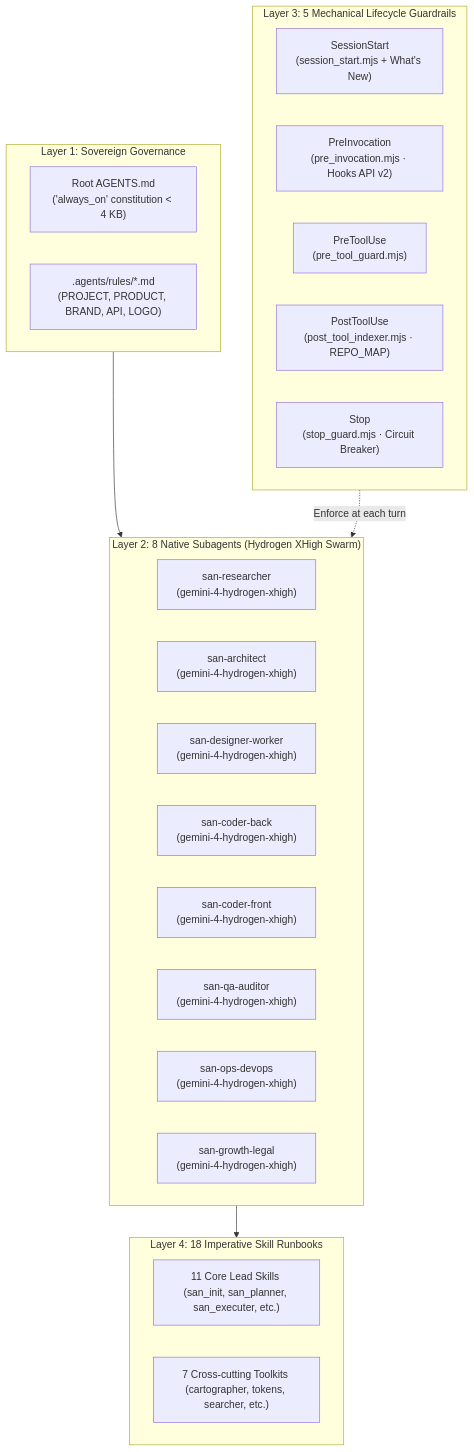
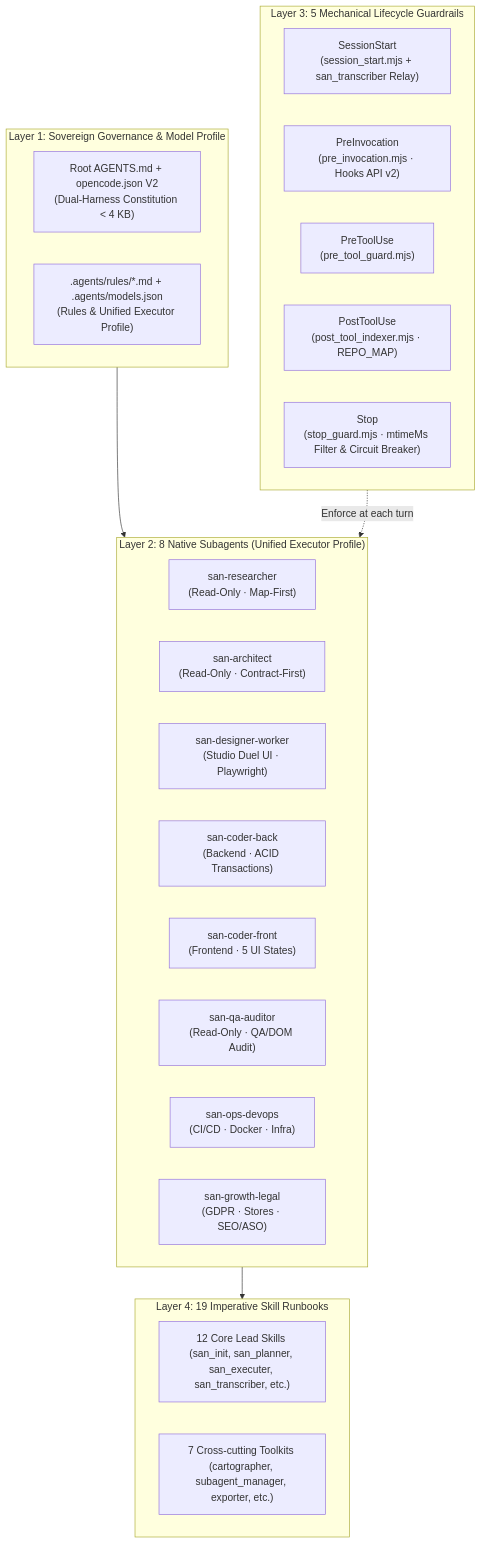
Before and after one commit to alexsan-dev/san_agy_framework: the first of 2 diagrams in README.en.md, drawn with Mermaid. The commit also changed other lines of this file and 69 other files, not shown here.

Commit message:
release(v2.2.0): dual-harness Antigravity + OpenCode V2, models CLI, san_transcriber & cognitive unshackling

````diff
--- a/README.en.md
+++ b/README.en.md
@@ -35,35 +46,35 @@
 ```mermaid
 flowchart TD
-    subgraph L1["Layer 1: Sovereign Governance"]
-        C1A["Root AGENTS.md<br/>('always_on' constitution < 4 KB)"]
-        C1B[".agents/rules/*.md<br/>(PROJECT, PRODUCT, BRAND, API, LOGO)"]
+    subgraph L1["Layer 1: Sovereign Governance & Model Profile"]
+        C1A["Root AGENTS.md + opencode.json V2<br/>(Dual-Harness Constitution < 4 KB)"]
+        C1B[".agents/rules/*.md + .agents/models.json<br/>(Rules & Unified Executor Profile)"]
     end
 
-    subgraph L2["Layer 2: 8 Native Subagents (Hydrogen XHigh Swarm)"]
-        C2A["san-researcher<br/>(gemini-4-hydrogen-xhigh)"]
-        C2B["san-architect<br/>(gemini-4-hydrogen-xhigh)"]
-        C2C["san-designer-worker<br/>(gemini-4-hydrogen-xhigh)"]
-        C2D["san-coder-back<br/>(gemini-4-hydrogen-xhigh)"]
-        C2E["san-coder-front<br/>(gemini-4-hydrogen-xhigh)"]
-        C2F["san-qa-auditor<br/>(gemini-4-hydrogen-xhigh)"]
-        C2G["san-ops-devops<br/>(gemini-4-hydrogen-xhigh)"]
-        C2H["san-growth-legal<br/>(gemini-4-hydrogen-xhigh)"]
+    subgraph L2["Layer 2: 8 Native Subagents (Unified Executor Profile)"]
+        C2A["san-researcher<br/>(Read-Only · Map-First)"]
+        C2B["san-architect<br/>(Read-Only · Contract-First)"]
+        C2C["san-designer-worker<br/>(Studio Duel UI · Playwright)"]
+        C2D["san-coder-back<br/>(Backend · ACID Transactions)"]
+        C2E["san-coder-front<br/>(Frontend · 5 UI States)"]
+        C2F["san-qa-auditor<br/>(Read-Only · QA/DOM Audit)"]
+        C2G["san-ops-devops<br/>(CI/CD · Docker · Infra)"]
+        C2H["san-growth-legal<br/>(GDPR · Stores · SEO/ASO)"]
     end
 
     subgraph L3["Layer 3: 5 Mechanical Lifecycle Guardrails"]
-        C3A["SessionStart<br/>(session_start.mjs + What's New)"]
+        C3A["SessionStart<br/>(session_start.mjs + san_transcriber Relay)"]
         C3B["PreInvocation<br/>(pre_invocation.mjs · Hooks API v2)"]
         C3C["PreToolUse<br/>(pre_tool_guard.mjs)"]
         C3D["PostToolUse<br/>(post_tool_indexer.mjs · REPO_MAP)"]
-        C3E["Stop<br/>(stop_guard.mjs · Circuit Breaker)"]
+        C3E["Stop<br/>(stop_guard.mjs · mtimeMs Filter & Circuit Breaker)"]
     end
 
-    subgraph L4["Layer 4: 18 Imperative Skill Runbooks"]
-        C4A["11 Core Lead Skills (san_init, san_planner, san_executer, etc.)"]
-        C4B["7 Cross-cutting Toolkits (cartographer, tokens, searcher, etc.)"]
+    subgraph L4["Layer 4: 19 Imperative Skill Runbooks"]
+        C4A["12 Core Lead Skills (san_init, san_planner, san_executer, san_transcriber, etc.)"]
+        C4B["7 Cross-cutting Toolkits (cartographer, subagent_manager, exporter, etc.)"]
     end
 
     L1 --> L2
     L3 -.->|Enforce at each turn| L2
     L2 --> L4
 ```
````
